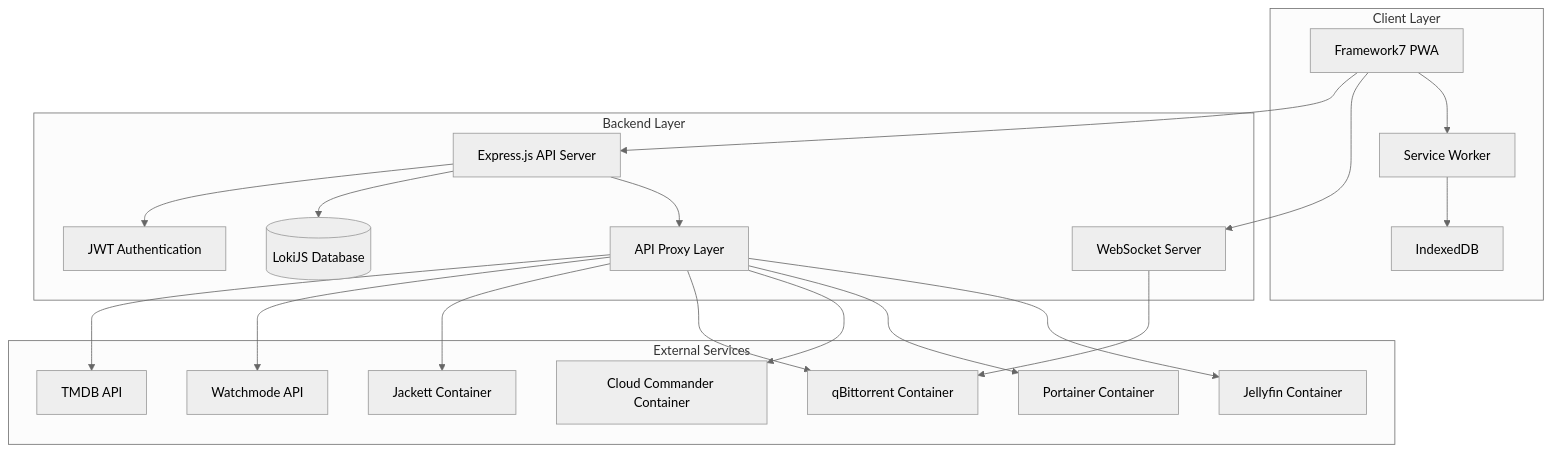
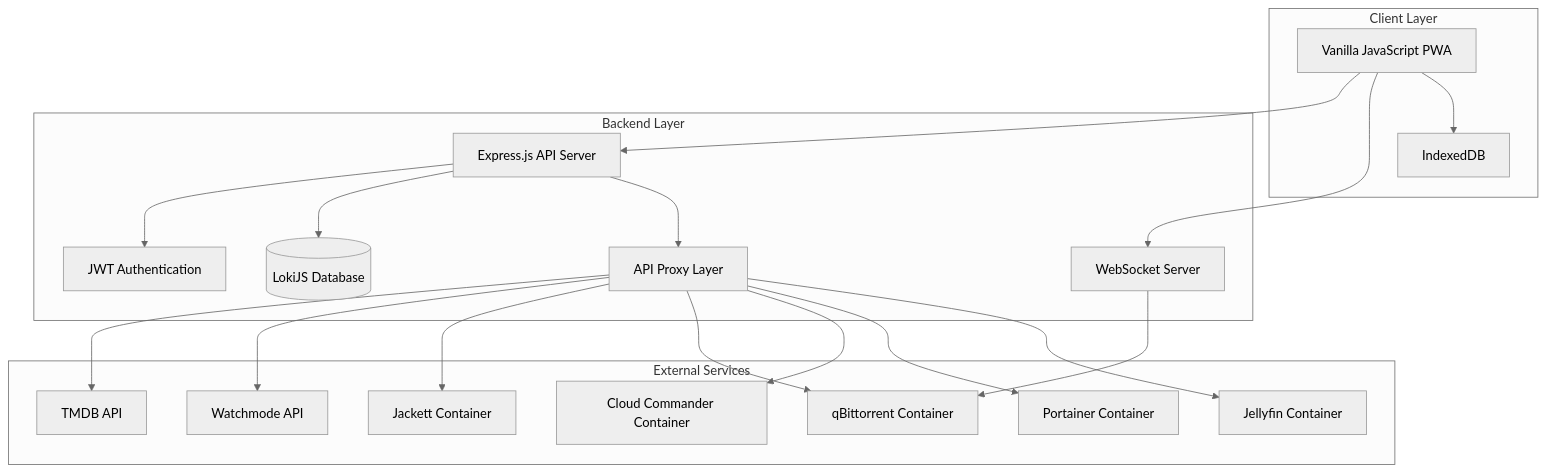
The first of 2 diagrams in .kiro/specs/pandora-pwa/design.md (atifkhan161/pandora-box), drawn with Mermaid (neutral theme) before and after one commit. The commit also changed other lines of this file and 14 other files, not shown here.

````diff
--- a/.kiro/specs/pandora-pwa/design.md
+++ b/.kiro/specs/pandora-pwa/design.md
@@ -17,44 +19,42 @@
 ```mermaid
 graph TB
     subgraph "Client Layer"
-        PWA[Framework7 PWA]
-        SW[Service Worker]
+        PWA[Vanilla JavaScript PWA]
         IDB[IndexedDB]
     end
     
     subgraph "Backend Layer"
         API[Express.js API Server]
         AUTH[JWT Authentication]
         DB[(LokiJS Database)]
         WS[WebSocket Server]
         PROXY[API Proxy Layer]
     end
     
     subgraph "External Services"
         TMDB[TMDB API]
         WM[Watchmode API]
         JACKETT[Jackett Container]
         QB[qBittorrent Container]
         CC[Cloud Commander Container]
         PORT[Portainer Container]
         JF[Jellyfin Container]
     end
     
     PWA --> API
     PWA --> WS
-    PWA --> SW
-    SW --> IDB
+    PWA --> IDB
     
     API --> AUTH
     API --> DB
     API --> PROXY
     WS --> QB
     
     PROXY --> TMDB
     PROXY --> WM
     PROXY --> JACKETT
     PROXY --> QB
     PROXY --> CC
     PROXY --> PORT
     PROXY --> JF
 ```
````
